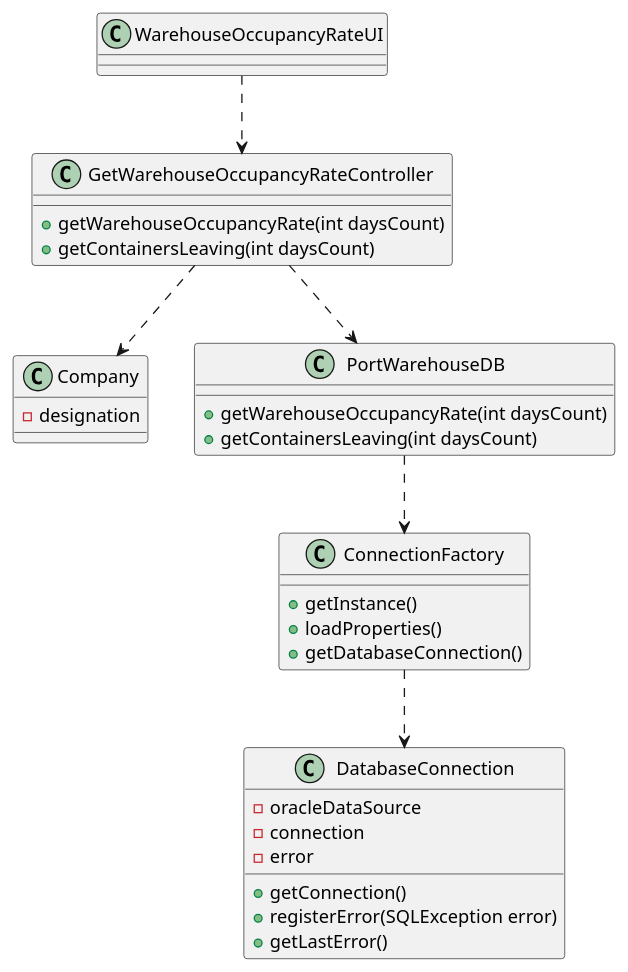
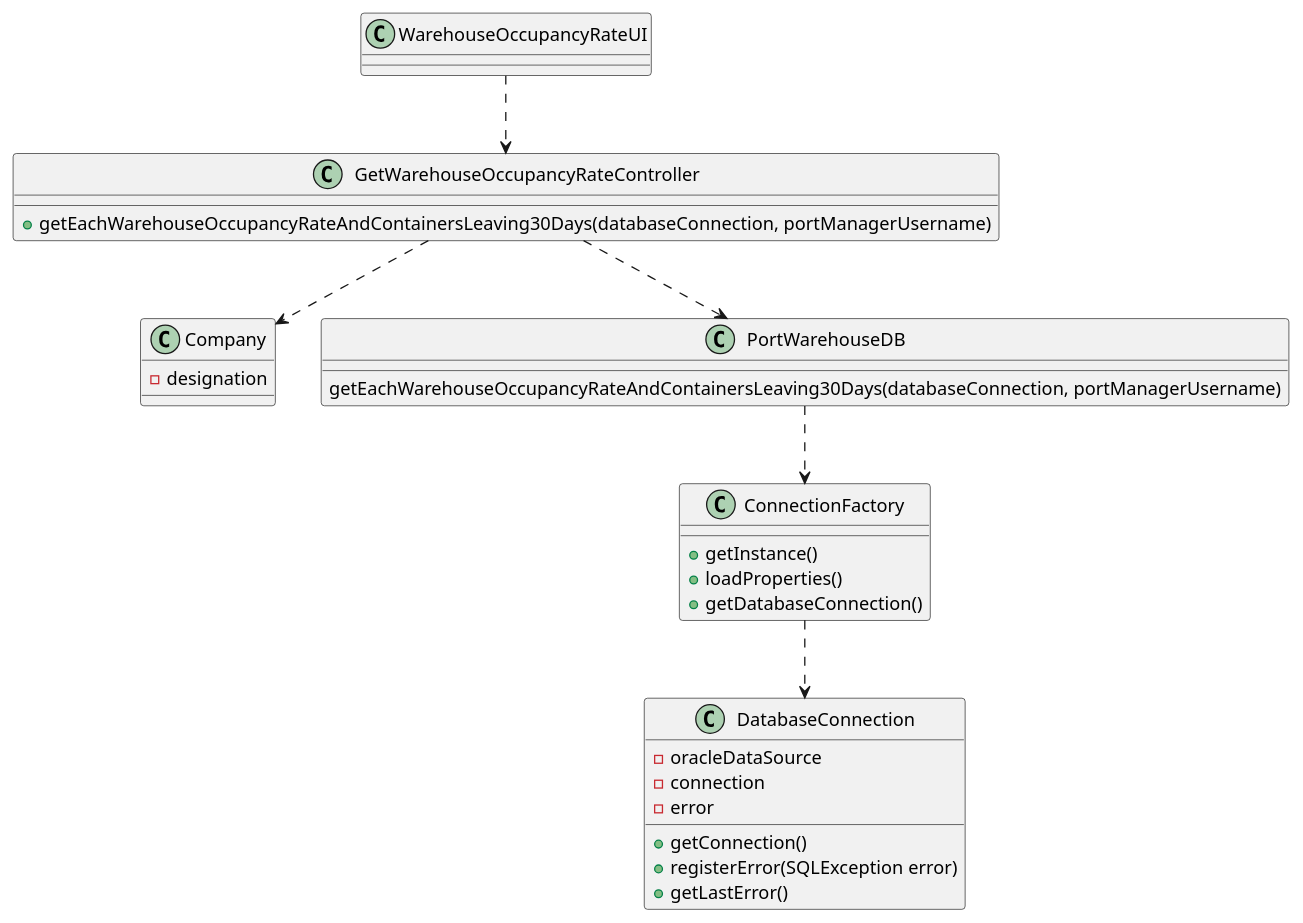
Before and after one commit to mpoboas/lapr3-2021-g102: the diagram in docs/Sprint3/US306/US306_CD.puml, drawn with PlantUML. The commit also changed 10 other files, not shown here.

```diff
--- a/docs/Sprint3/US306/US306_CD.puml
+++ b/docs/Sprint3/US306/US306_CD.puml
@@ -1,42 +1,40 @@
 @startuml
 'https://plantuml.com/class-diagram
 
 class Company {
 -designation
 }
 
 class WarehouseOccupancyRateUI {
 }
 
 class GetWarehouseOccupancyRateController {
-+getWarehouseOccupancyRate(int daysCount)
-+getContainersLeaving(int daysCount)
++getEachWarehouseOccupancyRateAndContainersLeaving30Days(databaseConnection, portManagerUsername)
 }
 
 class PortWarehouseDB {
-+getWarehouseOccupancyRate(int daysCount)
-+getContainersLeaving(int daysCount)
+getEachWarehouseOccupancyRateAndContainersLeaving30Days(databaseConnection, portManagerUsername)
 }
 
 class ConnectionFactory{
 +getInstance()
 +loadProperties()
 +getDatabaseConnection()
 }
 
 class DatabaseConnection{
 -oracleDataSource
 -connection
 -error
 +getConnection()
 +registerError(SQLException error)
 +getLastError()
 }
 
 WarehouseOccupancyRateUI ..> GetWarehouseOccupancyRateController
 GetWarehouseOccupancyRateController ..> PortWarehouseDB
 GetWarehouseOccupancyRateController ..> Company
 PortWarehouseDB ..> ConnectionFactory
 ConnectionFactory ..> DatabaseConnection
 
 @enduml
```
